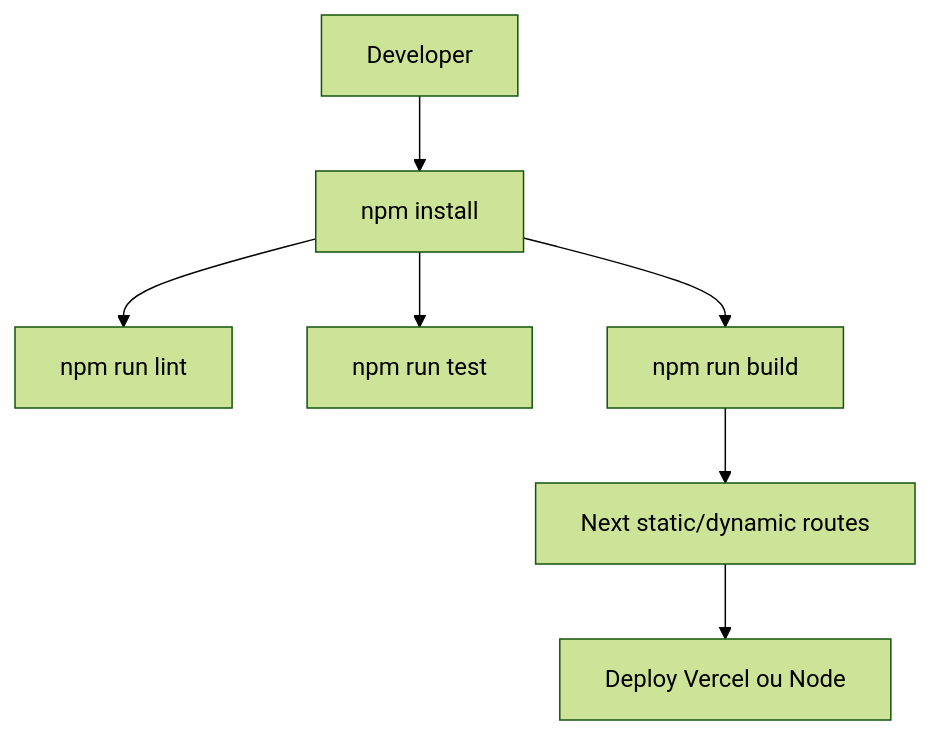
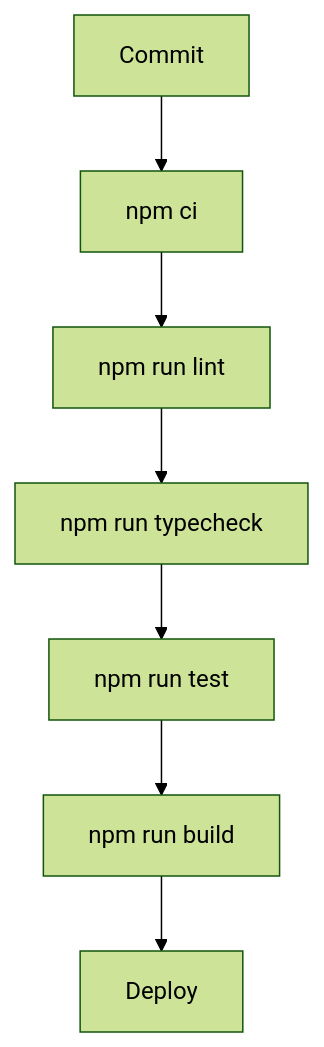
One commit to victorpessoa-dev/pascom-stream-view changed the diagram in docs/devops-testes.md. Above: the diagram before and after it, drawn with Mermaid (forest theme). The commit also changed other lines of this file and 22 other files, not shown here.

````diff
--- a/docs/devops-testes.md
+++ b/docs/devops-testes.md
@@ -43,9 +48,9 @@
 ```mermaid
 flowchart TD
-  A[Developer] --> B[npm install]
+  A[Commit] --> B[npm ci]
   B --> C[npm run lint]
-  B --> D[npm run test]
-  B --> E[npm run build]
-  E --> F[Next static/dynamic routes]
-  F --> G[Deploy Vercel ou Node]
+  C --> D[npm run typecheck]
+  D --> E[npm run test]
+  E --> F[npm run build]
+  F --> G[Deploy]
 ```
````
